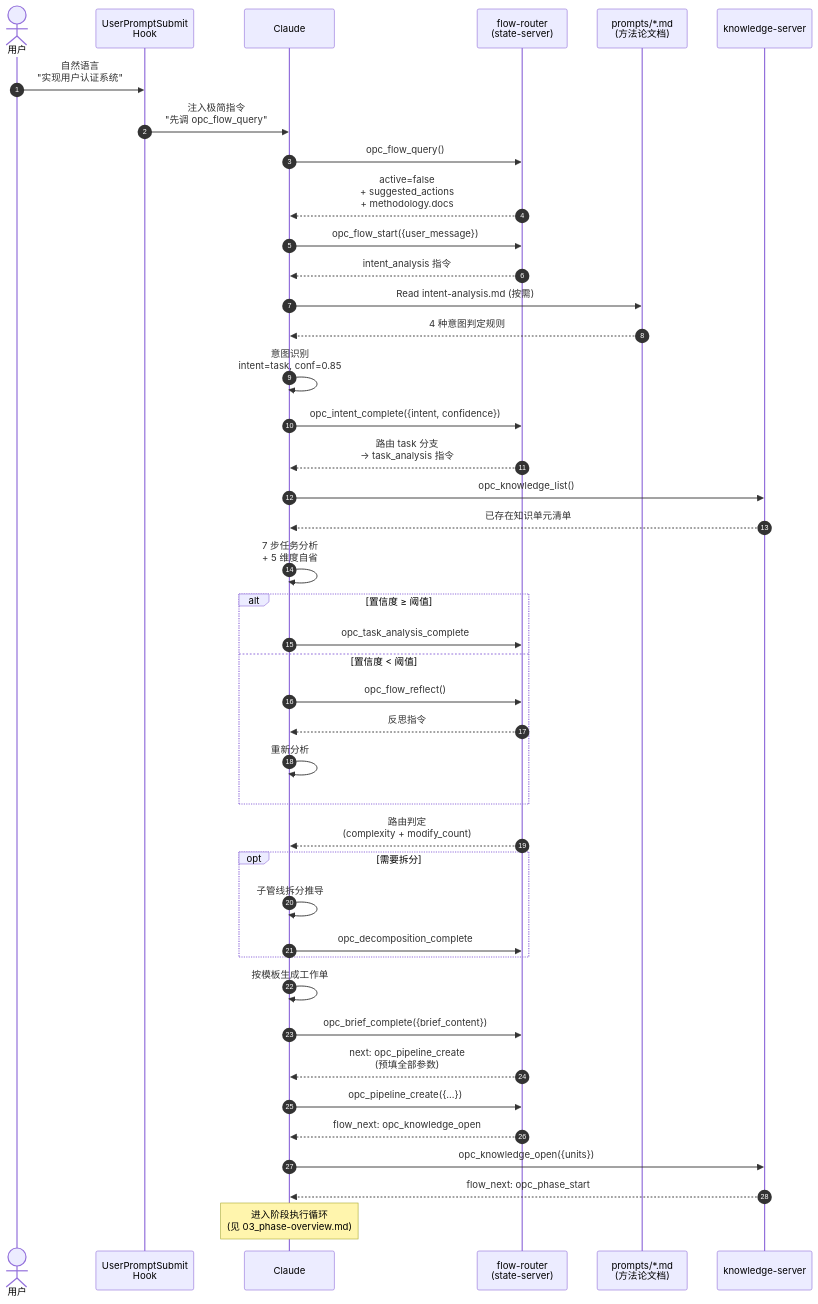
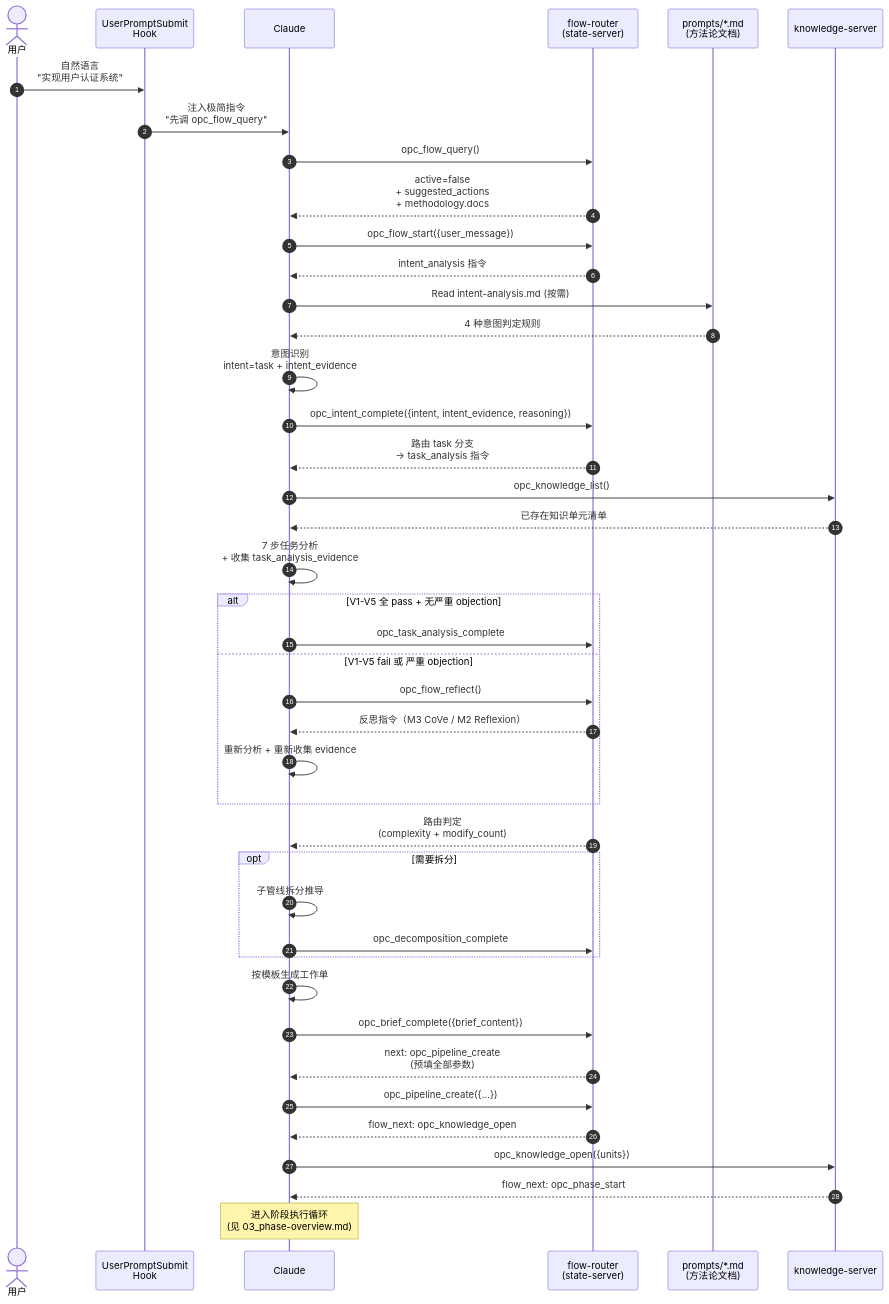
Before and after one commit to CaffeineOddity/opc-marketplace: the first of 2 diagrams in doc/feature/02-opc-state-server/01-intent-analysis/00_overview.md, drawn with Mermaid. The commit also changed other lines of this file and 38 other files, not shown here.

First line of the commit message:
docs: replace confidence-score model with evidence + V1-V5 validator across stack

````diff
--- a/doc/feature/02-opc-state-server/01-intent-analysis/00_overview.md
+++ b/doc/feature/02-opc-state-server/01-intent-analysis/00_overview.md
@@ -13,54 +13,54 @@
 ```mermaid
 sequenceDiagram
     autonumber
     actor U as 用户
     participant H as UserPromptSubmit<br/>Hook
     participant C as Claude
     participant F as flow-router<br/>(state-server)
     participant P as prompts/*.md<br/>(方法论文档)
     participant K as knowledge-server
 
     U->>H: 自然语言<br/>"实现用户认证系统"
     H->>C: 注入极简指令<br/>"先调 opc_flow_query"
 
     C->>F: opc_flow_query()
     F-->>C: active=false<br/>+ suggested_actions<br/>+ methodology.docs
 
     C->>F: opc_flow_start({user_message})
     F-->>C: intent_analysis 指令
 
     C->>P: Read intent-analysis.md (按需)
     P-->>C: 4 种意图判定规则
-    C->>C: 意图识别<br/>intent=task, conf=0.85
-    C->>F: opc_intent_complete({intent, confidence})
+    C->>C: 意图识别<br/>intent=task + intent_evidence
+    C->>F: opc_intent_complete({intent, intent_evidence, reasoning})
     F-->>C: 路由 task 分支<br/>→ task_analysis 指令
 
     C->>K: opc_knowledge_list()
     K-->>C: 已存在知识单元清单
-    C->>C: 7 步任务分析<br/>+ 5 维度自省
+    C->>C: 7 步任务分析<br/>+ 收集 task_analysis_evidence
 
-    alt 置信度 ≥ 阈值
+    alt V1-V5 全 pass + 无严重 objection
         C->>F: opc_task_analysis_complete
-    else 置信度 < 阈值
+    else V1-V5 fail 或 严重 objection
         C->>F: opc_flow_reflect()
-        F-->>C: 反思指令
-        C->>C: 重新分析
+        F-->>C: 反思指令（M3 CoVe / M2 Reflexion）
+        C->>C: 重新分析 + 重新收集 evidence
     end
 
     F-->>C: 路由判定<br/>(complexity + modify_count)
 
     opt 需要拆分
         C->>C: 子管线拆分推导
         C->>F: opc_decomposition_complete
     end
 
     C->>C: 按模板生成工作单
     C->>F: opc_brief_complete({brief_content})
     F-->>C: next: opc_pipeline_create<br/>(预填全部参数)
 
     C->>F: opc_pipeline_create({...})
     F-->>C: flow_next: opc_knowledge_open
     C->>K: opc_knowledge_open({units})
     K-->>C: flow_next: opc_phase_start
     Note over C: 进入阶段执行循环<br/>(见 03_phase-overview.md)
 ```
````
